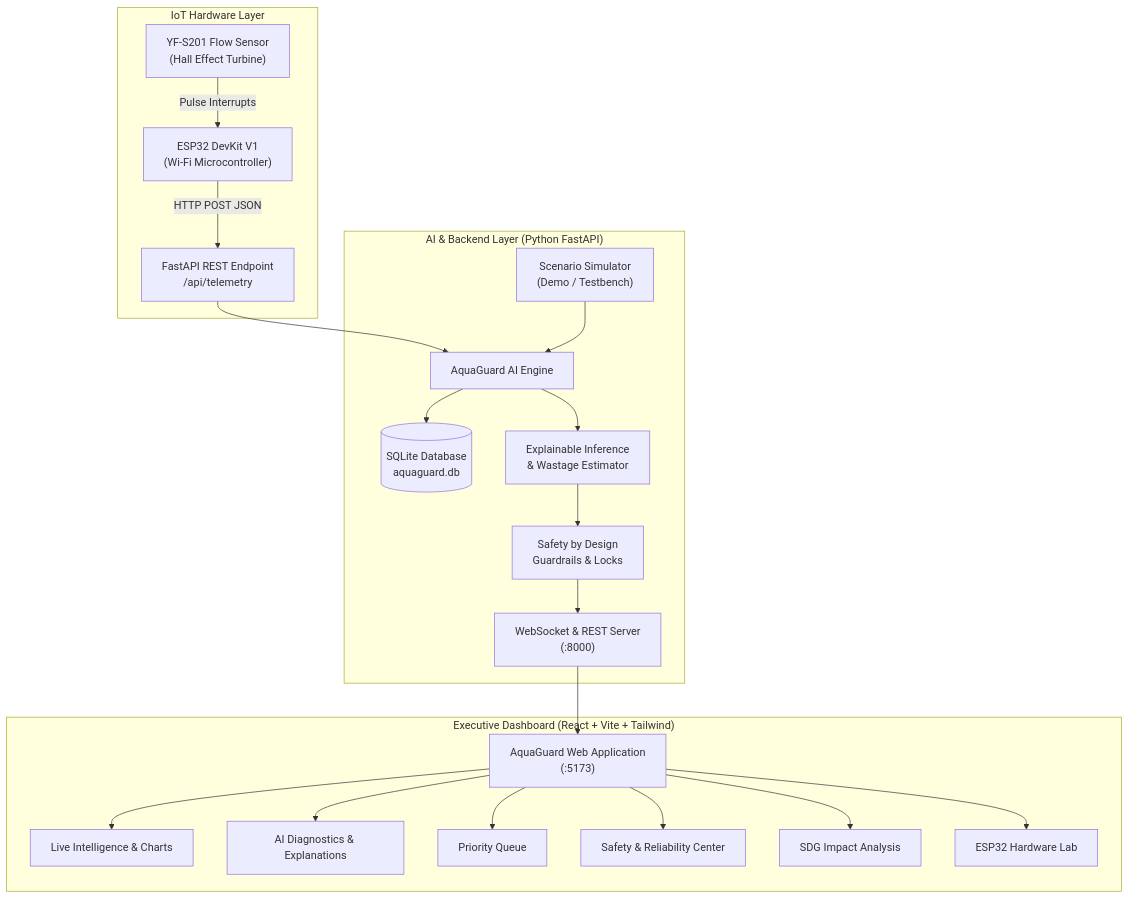
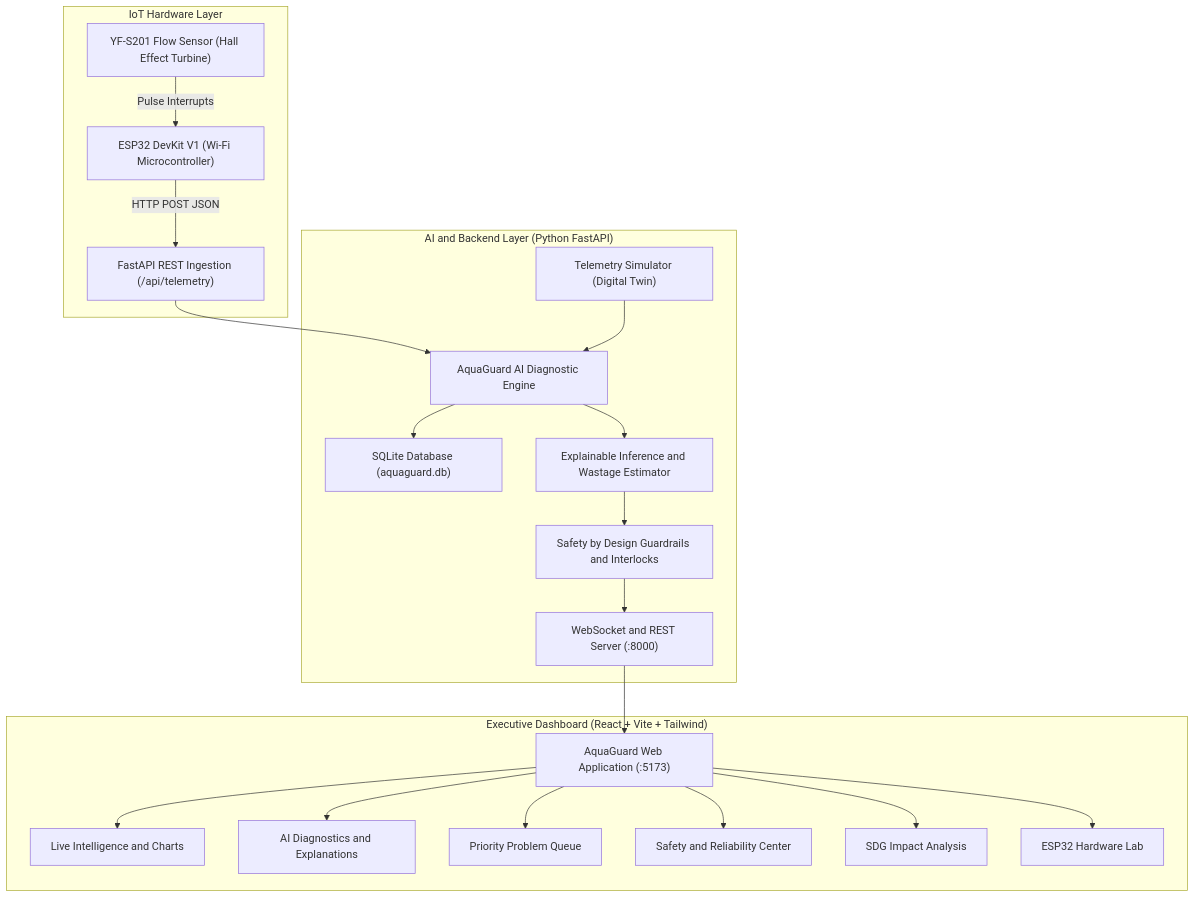
One commit to Nagashri05/AquaGuard changed the diagram in README.md. Above: the diagram before and after it, drawn with Mermaid. The commit also changed other lines of this file and 1 other file, not shown here.

````diff
--- a/README.md
+++ b/README.md
@@ -39,26 +50,26 @@
 ```mermaid
 flowchart TD
     subgraph IoT["IoT Hardware Layer"]
-        SENSOR["YF-S201 Flow Sensor<br/>(Hall Effect Turbine)"] -->|Pulse Interrupts| ESP["ESP32 DevKit V1<br/>(Wi-Fi Microcontroller)"]
-        ESP -->|HTTP POST JSON| API["FastAPI REST Endpoint<br/>/api/telemetry"]
+        SENSOR["YF-S201 Flow Sensor (Hall Effect Turbine)"] -->|Pulse Interrupts| ESP["ESP32 DevKit V1 (Wi-Fi Microcontroller)"]
+        ESP -->|HTTP POST JSON| API["FastAPI REST Ingestion (/api/telemetry)"]
     end
 
-    subgraph Backend["AI & Backend Layer (Python FastAPI)"]
-        API --> ENGINE["AquaGuard AI Engine"]
-        SIM["Scenario Simulator<br/>(Demo / Testbench)"] --> ENGINE
-        ENGINE --> DB[("SQLite Database<br/>aquaguard.db")]
-        ENGINE --> EXP["Explainable Inference<br/>&amp; Wastage Estimator"]
-        EXP --> SAFETY["Safety by Design<br/>Guardrails &amp; Locks"]
-        SAFETY --> WS["WebSocket &amp; REST Server<br/>(:8000)"]
+    subgraph Backend["AI and Backend Layer (Python FastAPI)"]
+        API --> ENGINE["AquaGuard AI Diagnostic Engine"]
+        SIM["Telemetry Simulator (Digital Twin)"] --> ENGINE
+        ENGINE --> DB["SQLite Database (aquaguard.db)"]
+        ENGINE --> EXP["Explainable Inference and Wastage Estimator"]
+        EXP --> SAFETY["Safety by Design Guardrails and Interlocks"]
+        SAFETY --> WS["WebSocket and REST Server (:8000)"]
     end
 
     subgraph Frontend["Executive Dashboard (React + Vite + Tailwind)"]
-        WS --> UI["AquaGuard Web Application<br/>(:5173)"]
-        UI --> TAB1["Live Intelligence &amp; Charts"]
-        UI --> TAB2["AI Diagnostics &amp; Explanations"]
-        UI --> TAB3["Priority Queue"]
-        UI --> TAB4["Safety &amp; Reliability Center"]
+        WS --> UI["AquaGuard Web Application (:5173)"]
+        UI --> TAB1["Live Intelligence and Charts"]
+        UI --> TAB2["AI Diagnostics and Explanations"]
+        UI --> TAB3["Priority Problem Queue"]
+        UI --> TAB4["Safety and Reliability Center"]
         UI --> TAB5["SDG Impact Analysis"]
         UI --> TAB6["ESP32 Hardware Lab"]
     end
 ```
````
